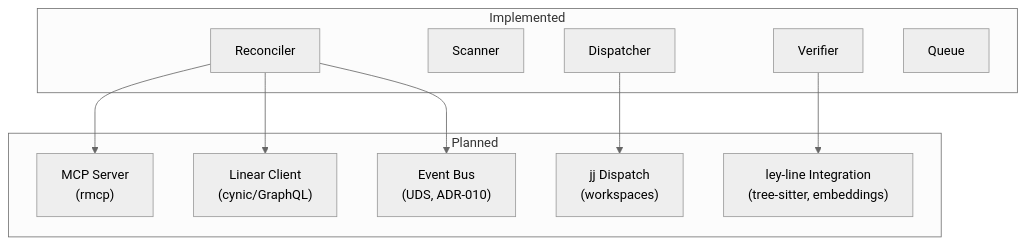
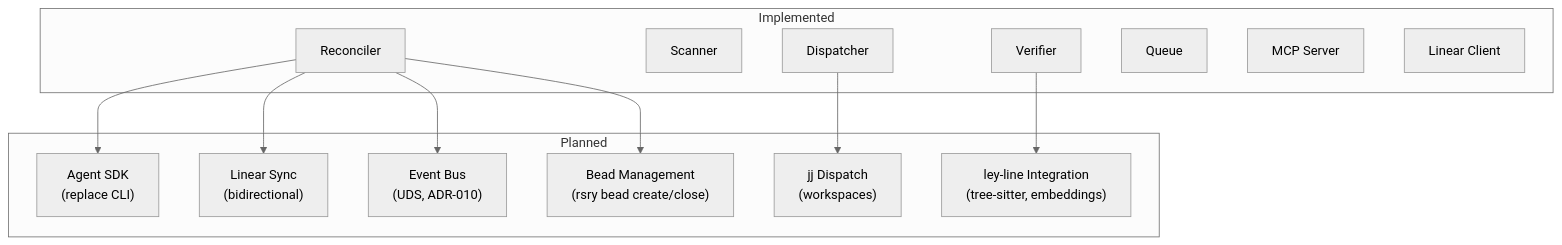
Before and after one commit to agentic-research/rosary: the seventh of 7 diagrams in docs/ARCHITECTURE.md, drawn with Mermaid (neutral theme). The commit also changed other lines of this file and 12 other files, not shown here.

First line of the commit message:
feat: rename loom → rosary, CLI binary rsry (loom-agf)

````diff
--- a/docs/ARCHITECTURE.md
+++ b/docs/ARCHITECTURE.md
@@ -251,24 +253,28 @@
 ```mermaid
 graph TB
     subgraph "Planned"
-        MCP["MCP Server<br/>(rmcp)"]
-        LIN["Linear Client<br/>(cynic/GraphQL)"]
+        SDK["Agent SDK<br/>(replace CLI)"]
+        LIN["Linear Sync<br/>(bidirectional)"]
         LEY["ley-line Integration<br/>(tree-sitter, embeddings)"]
         JJD["jj Dispatch<br/>(workspaces)"]
         EVT["Event Bus<br/>(UDS, ADR-010)"]
+        BEAD["Bead Management<br/>(rsry bead create/close)"]
     end
 
     subgraph "Implemented"
         REC["Reconciler"]
         SCA["Scanner"]
         DIS["Dispatcher"]
         VER["Verifier"]
         QUE["Queue"]
+        MCP["MCP Server"]
+        LINR["Linear Client"]
     end
 
-    REC --> MCP
+    REC --> SDK
     REC --> LIN
     VER --> LEY
     DIS --> JJD
     REC --> EVT
+    REC --> BEAD
 ```
````
